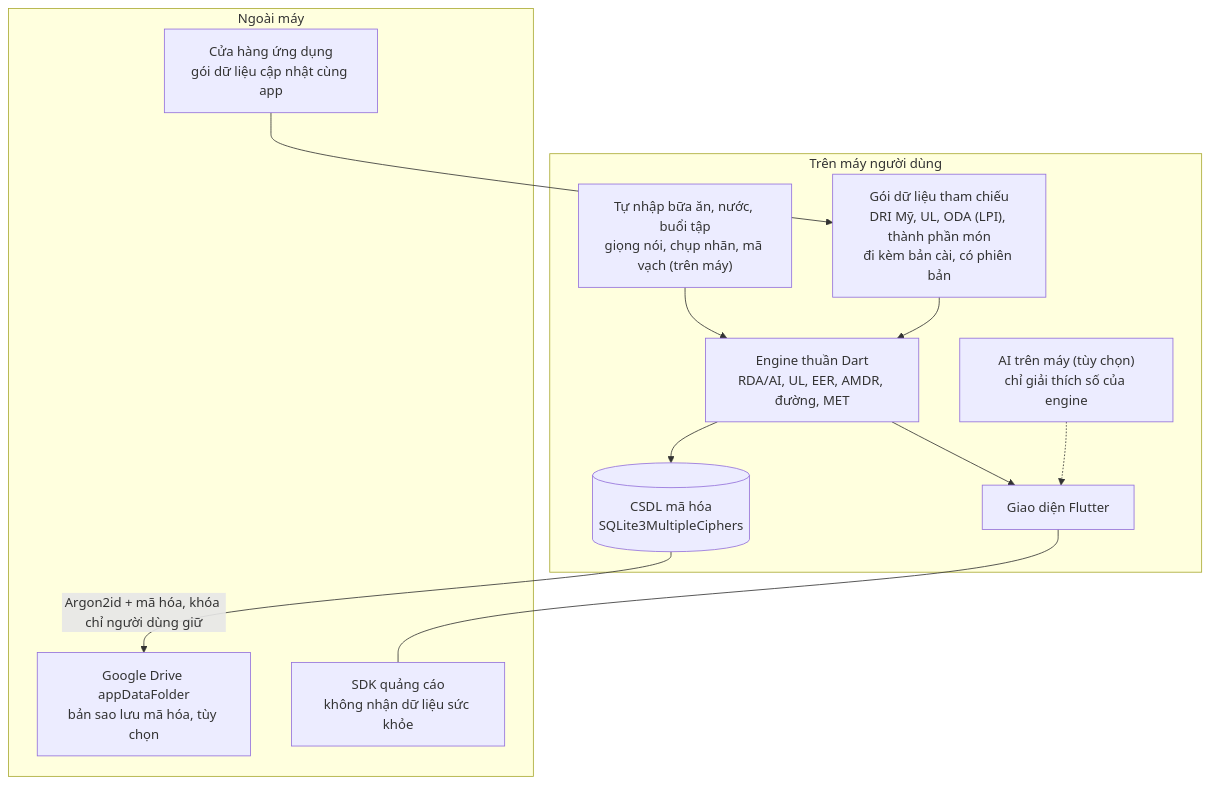
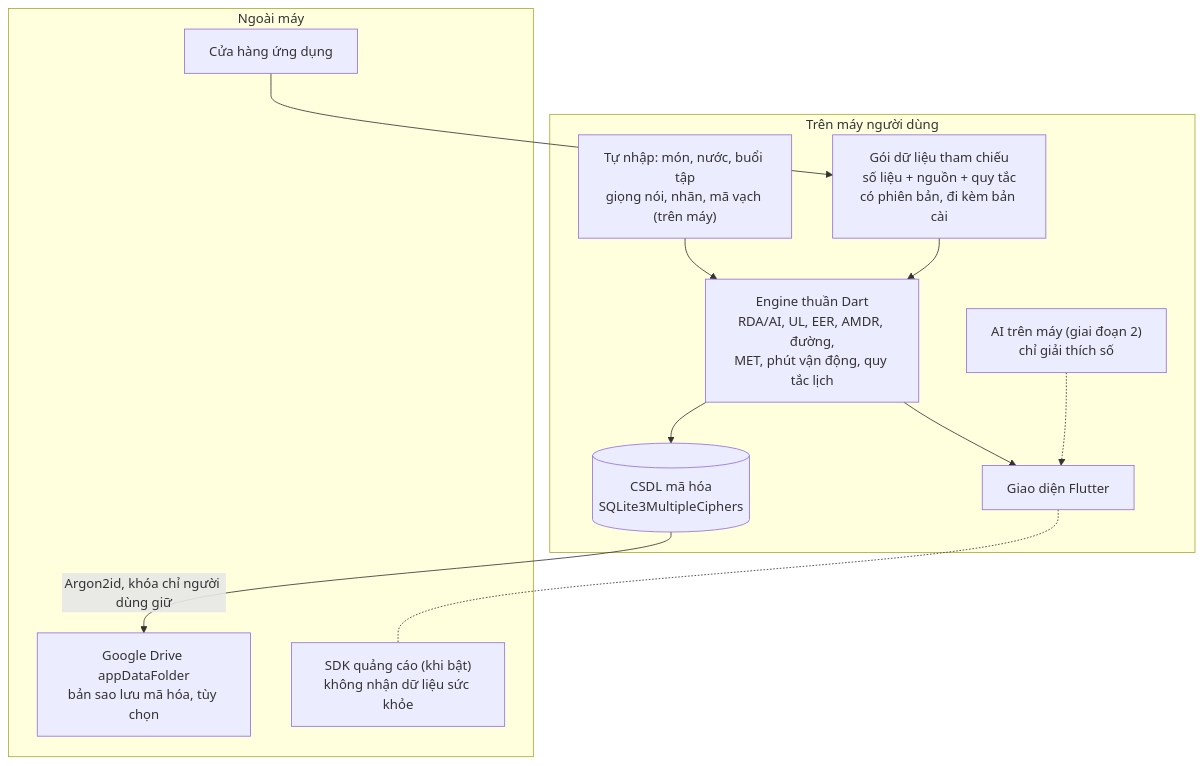
One commit to anhdt9/wholewell-app changed the second of 2 diagrams in docs/plan.md. Above: the diagram before and after it, drawn with Mermaid. The commit also changed other lines of this file and 3 other files, not shown here.

First line of the commit message:
Viết lại plan gọn; thêm chuẩn vận động, nguồn NASEM gốc, FDA; kiểm nguồn qua Claude in Chrome

````diff
--- a/docs/plan.md
+++ b/docs/plan.md
@@ -366,18 +295,18 @@
 ```mermaid
 flowchart TB
   subgraph Device["Trên máy người dùng"]
-    IN["Tự nhập bữa ăn, nước, buổi tập<br/>giọng nói, chụp nhãn, mã vạch (trên máy)"] --> ENG["Engine thuần Dart<br/>RDA/AI, UL, EER, AMDR, đường, MET"]
-    PACK["Gói dữ liệu tham chiếu<br/>DRI Mỹ, UL, ODA (LPI), thành phần món<br/>đi kèm bản cài, có phiên bản"] --> ENG
+    IN["Tự nhập: món, nước, buổi tập<br/>giọng nói, nhãn, mã vạch (trên máy)"] --> ENG["Engine thuần Dart<br/>RDA/AI, UL, EER, AMDR, đường,<br/>MET, phút vận động, quy tắc lịch"]
+    PACK["Gói dữ liệu tham chiếu<br/>số liệu + nguồn + quy tắc<br/>có phiên bản, đi kèm bản cài"] --> ENG
     ENG --> DB[("CSDL mã hóa<br/>SQLite3MultipleCiphers")]
     ENG --> UI["Giao diện Flutter"]
-    AI["AI trên máy (tùy chọn)<br/>chỉ giải thích số của engine"] -.-> UI
+    AI["AI trên máy (giai đoạn 2)<br/>chỉ giải thích số"] -.-> UI
   end
   subgraph Out["Ngoài máy"]
-    STORE["Cửa hàng ứng dụng<br/>gói dữ liệu cập nhật cùng app"]
+    STORE["Cửa hàng ứng dụng"]
     DRIVE["Google Drive appDataFolder<br/>bản sao lưu mã hóa, tùy chọn"]
-    ADS["SDK quảng cáo<br/>không nhận dữ liệu sức khỏe"]
+    ADS["SDK quảng cáo (khi bật)<br/>không nhận dữ liệu sức khỏe"]
   end
   STORE --> PACK
-  DB -- "Argon2id + mã hóa, khóa chỉ người dùng giữ" --> DRIVE
-  UI --- ADS
+  DB -- "Argon2id, khóa chỉ người dùng giữ" --> DRIVE
+  UI -.- ADS
 ```
````
